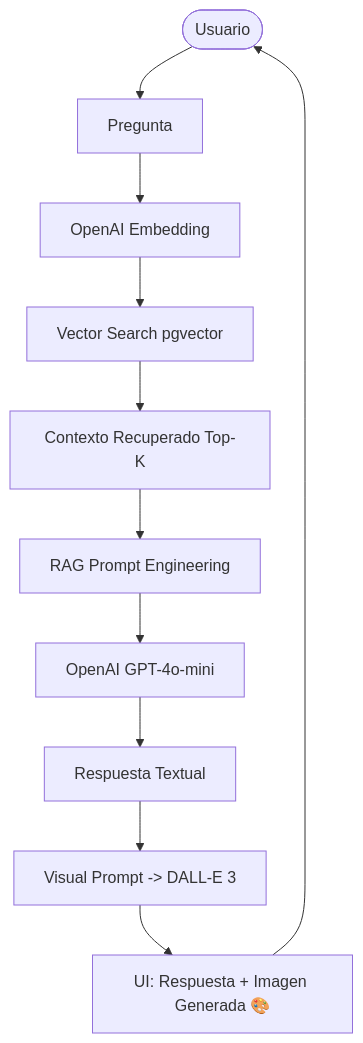
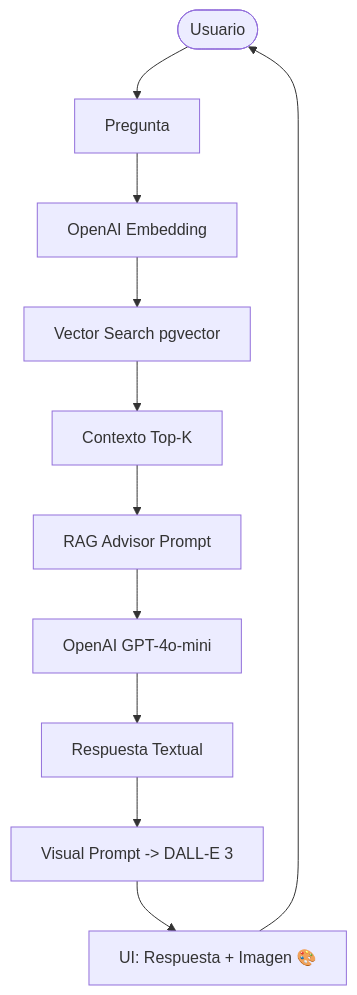
Before and after one commit to JoshRivas313/DocuCanvas: the second of 2 diagrams in README.md, drawn with Mermaid. The commit also changed other lines of this file, not shown here.

````diff
--- a/README.md
+++ b/README.md
@@ -88,13 +59,13 @@
 ```mermaid
 graph TD
     User([Usuario]) --> Q[Pregunta]
     Q --> Emb[OpenAI Embedding]
     Emb --> Search[Vector Search pgvector]
-    Search --> Context[Contexto Recuperado Top-K]
-    Context --> Prompt[RAG Prompt Engineering]
+    Search --> Context[Contexto Top-K]
+    Context --> Prompt[RAG Advisor Prompt]
     Prompt --> Gen[OpenAI GPT-4o-mini]
     Gen --> Answer[Respuesta Textual]
     Answer --> Visual[Visual Prompt -> DALL-E 3]
-    Visual --> Output[UI: Respuesta + Imagen Generada 🎨]
+    Visual --> Output[UI: Respuesta + Imagen 🎨]
     Output --> User
 ```
````
